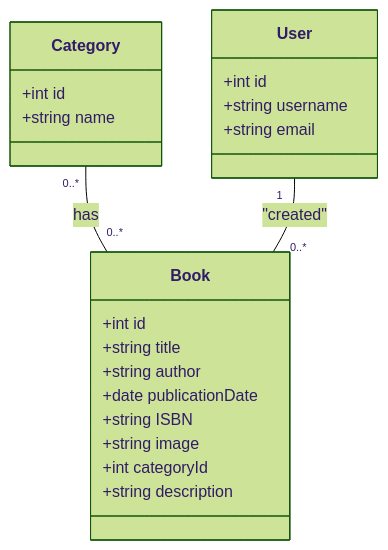
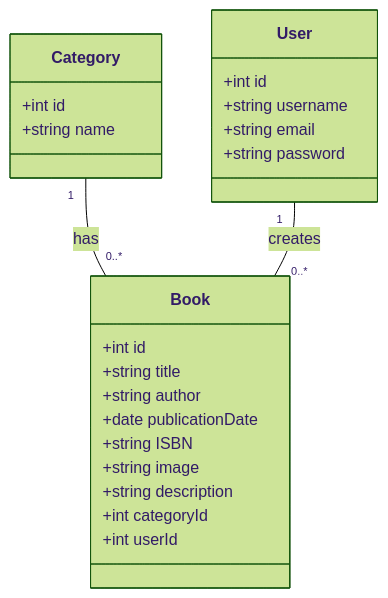
Before and after one commit to yasmineh-d/Reading_List: the diagram in conception/diagram_de_class.mmd, drawn with Mermaid (forest theme). The commit also changed other lines of this file and 1 other file, not shown here.

Commit message:
modification dans diagramme

```diff
--- a/conception/diagram_de_class.mmd
+++ b/conception/diagram_de_class.mmd
@@ -1,27 +1,27 @@
 classDiagram
-    %% Classes principales
     class Book {
         +int id
         +string title
         +string author
         +date publicationDate
         +string ISBN
         +string image
+        +string description
         +int categoryId
-        +string description
+        +int userId
     }
 
     class Category {
         +int id
         +string name
     }
 
     class User {
         +int id
         +string username
         +string email
+        +string password
     }
 
-    %% Relations
-    Category "0..*" -- "0..*" Book : has
-    User "1" -- "0..*" Book : "created"
+    Category "1" -- "0..*" Book : has
+    User "1" -- "0..*" Book : creates
```
